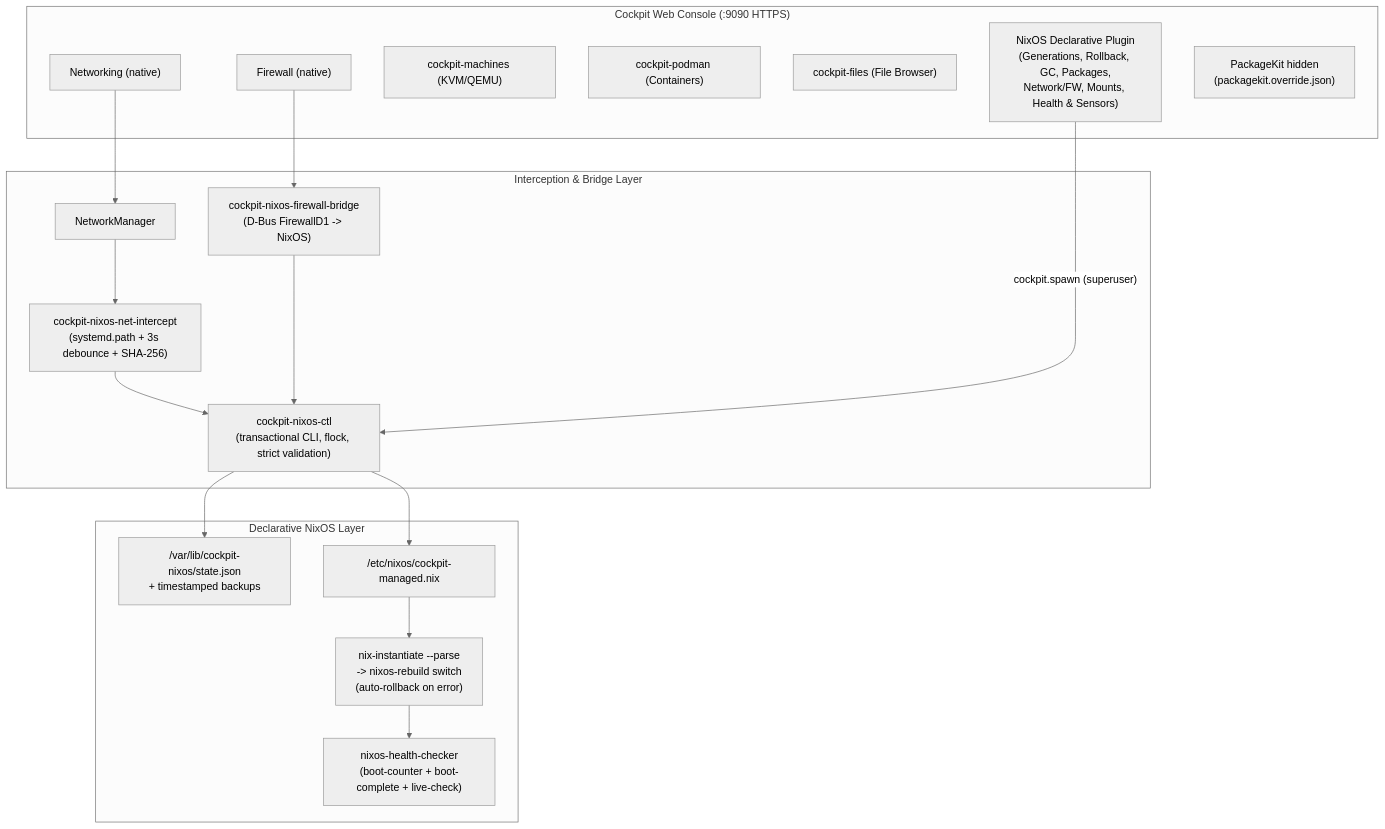
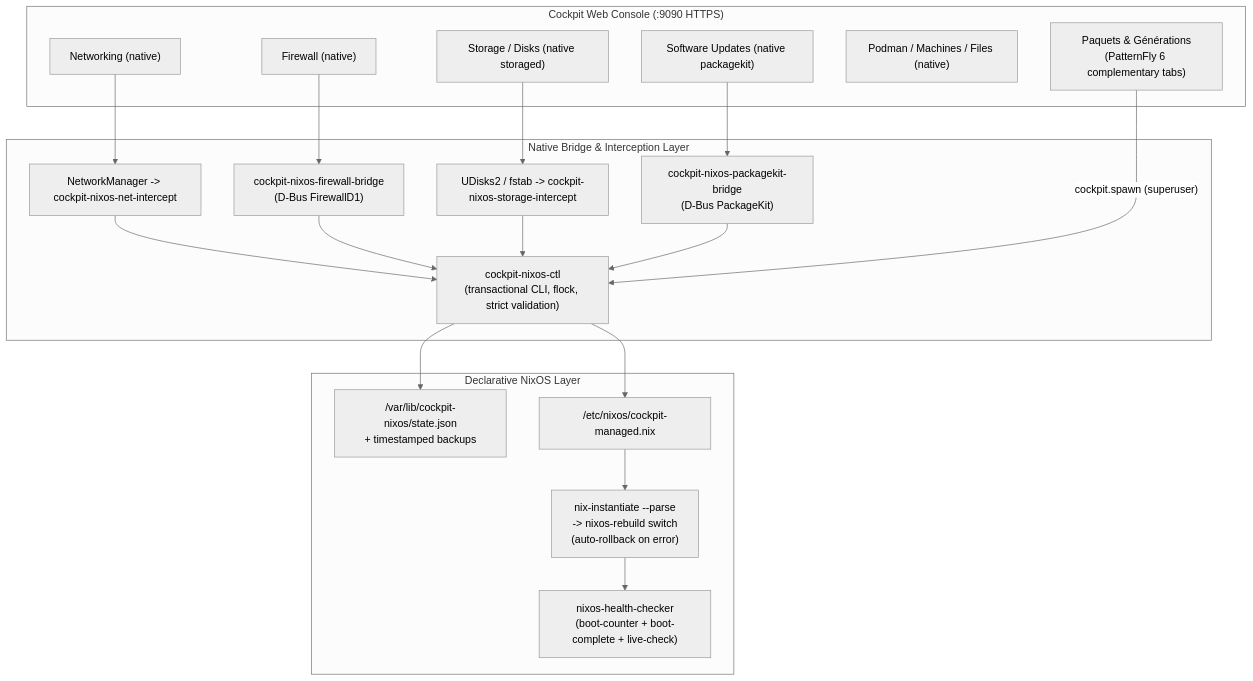
One commit to benjamin7490/nixos-steamdeck-cockpit changed the diagram in README.md. Above: the diagram before and after it, drawn with Mermaid (neutral theme). The commit also changed other lines of this file and 12 other files, not shown here.

````diff
--- a/README.md
+++ b/README.md
@@ -147,32 +147,34 @@
 ```mermaid
 flowchart TB
   subgraph UI["Cockpit Web Console (:9090 HTTPS)"]
     P1["Networking (native)"]
     P2["Firewall (native)"]
-    P3["cockpit-machines (KVM/QEMU)"]
-    P4["cockpit-podman (Containers)"]
-    P5["cockpit-files (File Browser)"]
-    P6["NixOS Declarative Plugin\n(Generations, Rollback, GC, Packages,\nNetwork/FW, Mounts, Health & Sensors)"]
-    PK["PackageKit hidden\n(packagekit.override.json)"]
+    P3["Storage / Disks (native storaged)"]
+    P4["Software Updates (native packagekit)"]
+    P5["Podman / Machines / Files (native)"]
+    P6["Paquets & Générations\n(PatternFly 6 complementary tabs)"]
   end
 
-  subgraph INTERCEPT["Interception & Bridge Layer"]
-    NM["NetworkManager"]
-    NETW["cockpit-nixos-net-intercept\n(systemd.path + 3s debounce + SHA-256)"]
-    FWB["cockpit-nixos-firewall-bridge\n(D-Bus FirewallD1 -> NixOS)"]
+  subgraph INTERCEPT["Native Bridge & Interception Layer"]
+    NM["NetworkManager -> cockpit-nixos-net-intercept"]
+    FWB["cockpit-nixos-firewall-bridge\n(D-Bus FirewallD1)"]
+    STB["UDisks2 / fstab -> cockpit-nixos-storage-intercept"]
+    PKB["cockpit-nixos-packagekit-bridge\n(D-Bus PackageKit)"]
     CTL["cockpit-nixos-ctl\n(transactional CLI, flock, strict validation)"]
   end
 
   subgraph NIX["Declarative NixOS Layer"]
     STATE["/var/lib/cockpit-nixos/state.json\n+ timestamped backups"]
     MANAGED["/etc/nixos/cockpit-managed.nix"]
     REBUILD["nix-instantiate --parse\n-> nixos-rebuild switch\n(auto-rollback on error)"]
     HC["nixos-health-checker\n(boot-counter + boot-complete + live-check)"]
   end
 
-  P1 --> NM --> NETW --> CTL
+  P1 --> NM --> CTL
   P2 --> FWB --> CTL
+  P3 --> STB --> CTL
+  P4 --> PKB --> CTL
   P6 -- "cockpit.spawn (superuser)" --> CTL
   CTL --> STATE
   CTL --> MANAGED --> REBUILD --> HC
 ```
````
